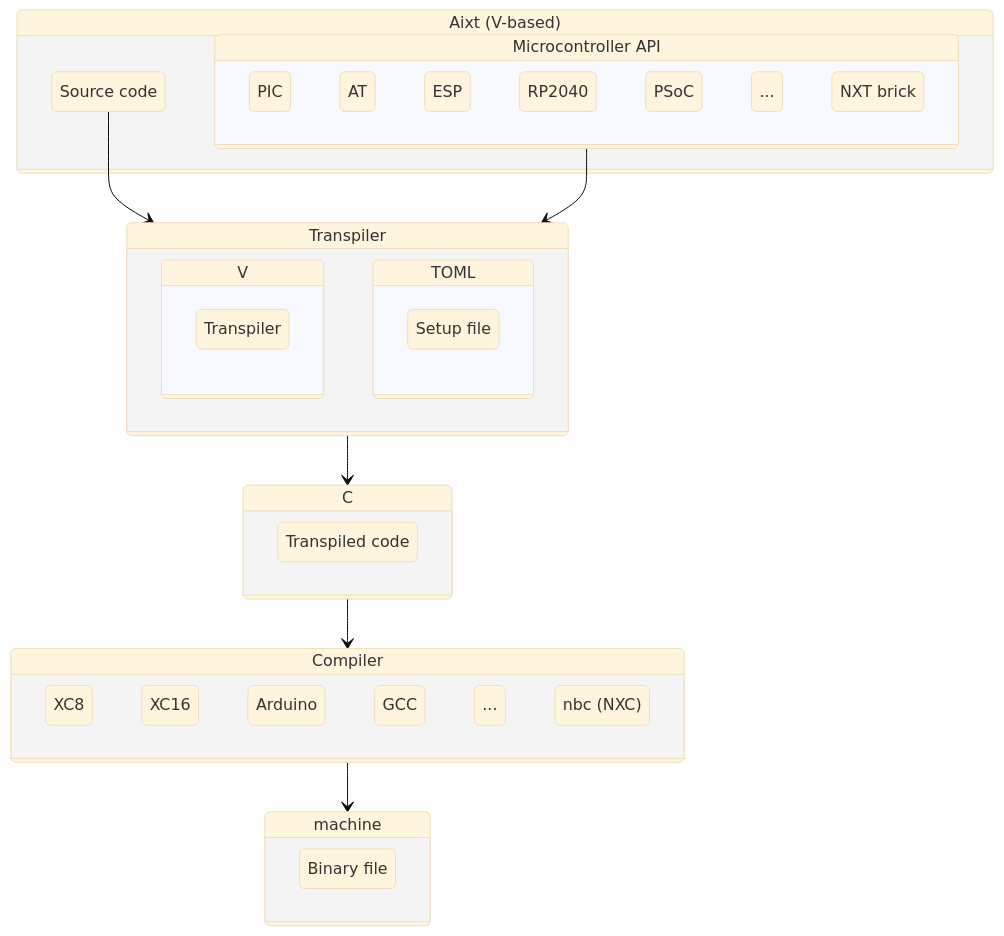
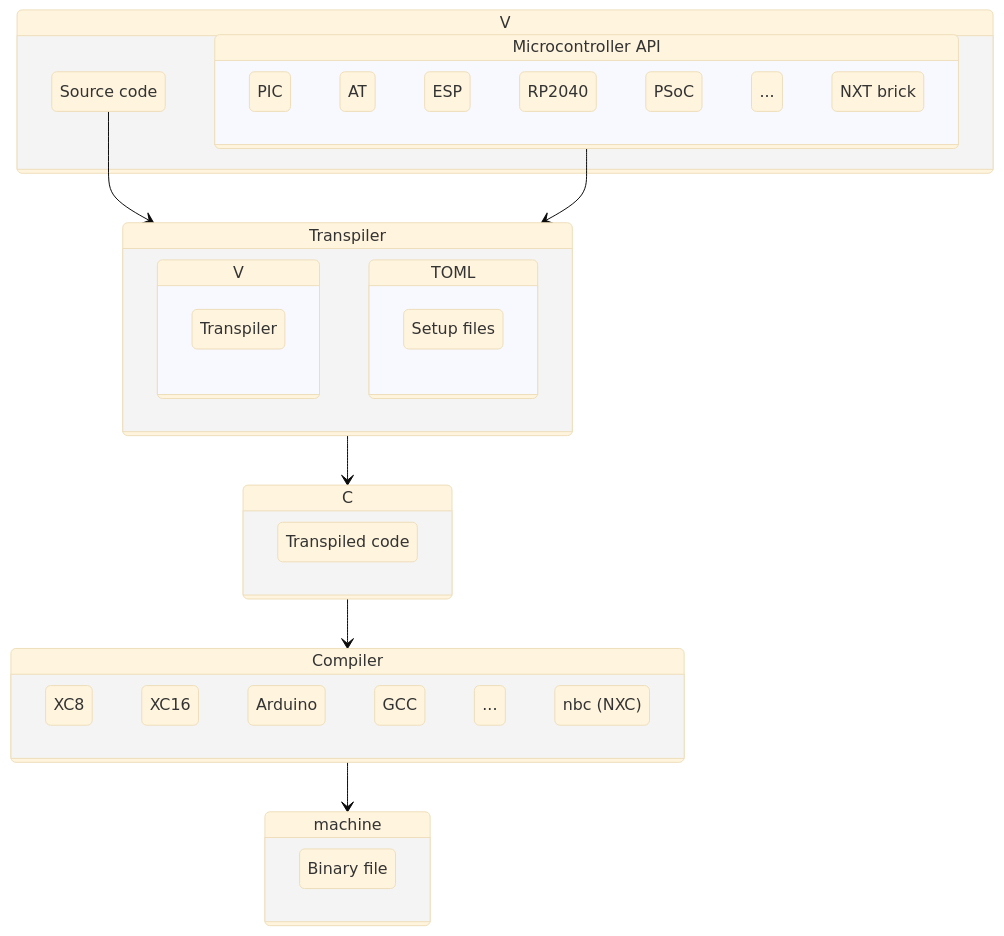
Before and after one commit to fermarsan/aixt: the diagram in README.md, drawn with Mermaid (base theme). The commit also changed other lines of this file, not shown here.

````diff
--- a/README.md
+++ b/README.md
@@ -14,56 +14,56 @@
 ```mermaid
 stateDiagram-v2
 
-    Aixt: Aixt (V-based)
+    Aixt: V
     state Aixt {
         source: Source code
 
         API: Microcontroller API    
         state API {
             PICs: PIC
             ATM: AT
             ESP
             RP2040
             PSoC
             others2: ...
             NXT: NXT brick
         }
     }
 
 
 
     Aixt2C: Transpiler
     state Aixt2C {
         state V {
             Transpiler: Transpiler
         }
         
         state TOML {
-            setup: Setup file
+            setup: Setup files
         }
     }
 
     C: C
     state C {
         Tr_Code: Transpiled code
     }
 
     state Compiler {
         XC8
         XC16
         Arduino
         GCC
         others: ...
         nbc: nbc (NXC)
     }
 
     state machine {
         BF: Binary file
     }
 
     source --> Aixt2C
     API --> Aixt2C
     Aixt2C --> C
     C --> Compiler
     Compiler --> machine
 ```
````
